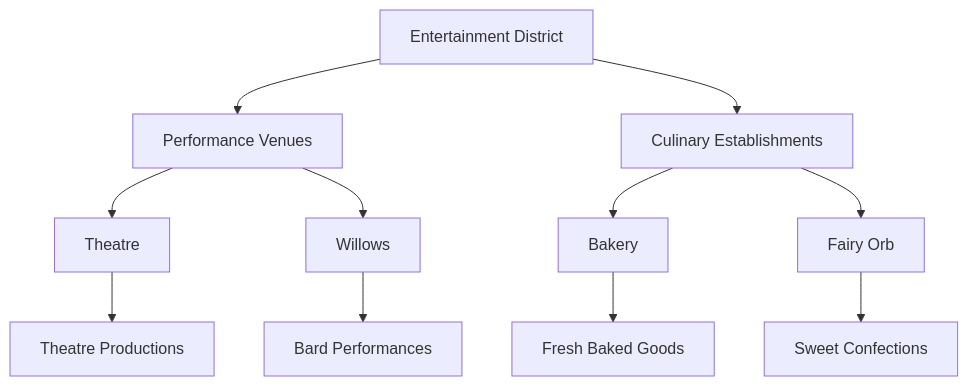
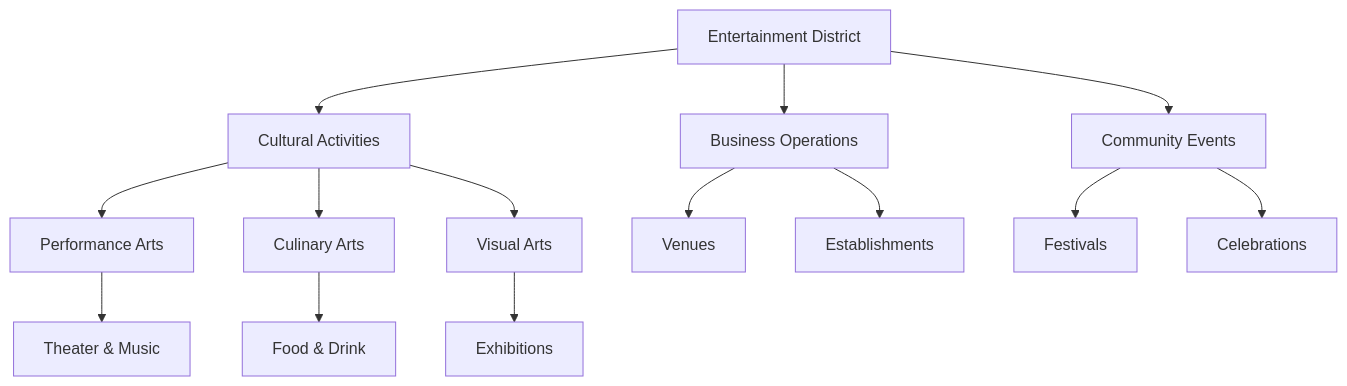
One commit to NovemberFalls/DND_Etorolth changed the first of 2 diagrams in 01. Etorolth/04. The Weeping Branches/01. The Weeping Branches Lore.md. Above: the diagram before and after it, drawn with Mermaid. The commit also changed other lines of this file and 7 other files, not shown here.

````diff
--- a/01. Etorolth/04. The Weeping Branches/01. The Weeping Branches Lore.md
+++ b/01. Etorolth/04. The Weeping Branches/01. The Weeping Branches Lore.md
@@ -21,17 +75,20 @@
 ```mermaid
 graph TD
-    A[Entertainment District] --> B[Performance Venues]
-    A --> C[Culinary Establishments]
+    A[Entertainment District] --> B[Cultural Activities]
+    A --> C[Business Operations]
+    A --> D[Community Events]
     
-    B --> D[Theatre]
-    B --> E[Willows]
+    B --> E[Performance Arts]
+    B --> F[Culinary Arts]
+    B --> G[Visual Arts]
     
-    C --> F[Bakery]
-    C --> G[Fairy Orb]
+    C --> H[Venues]
+    C --> I[Establishments]
     
-    D --> H[Theatre Productions]
-    E --> I[Bard Performances]
+    D --> J[Festivals]
+    D --> K[Celebrations]
     
-    F --> J[Fresh Baked Goods]
-    G --> K[Sweet Confections]
+    E --> L[Theater & Music]
+    F --> M[Food & Drink]
+    G --> N[Exhibitions]
 ```
````
